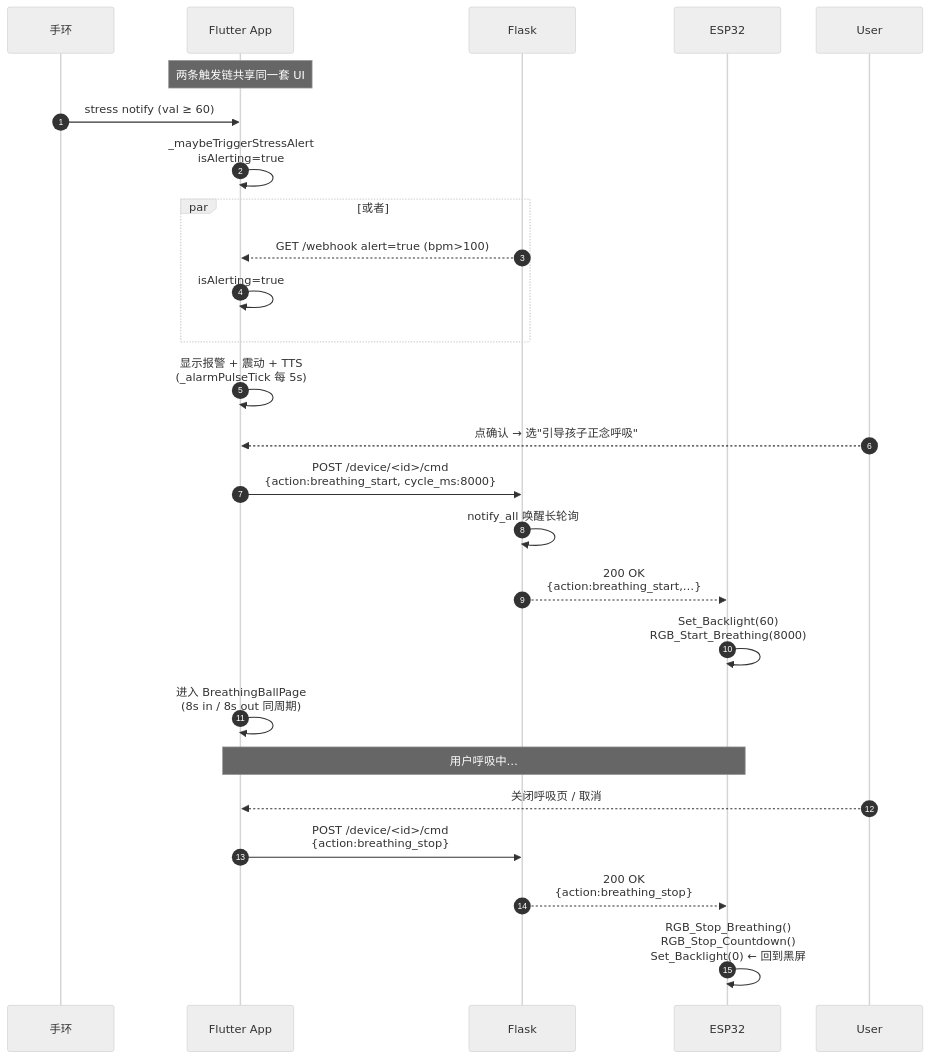
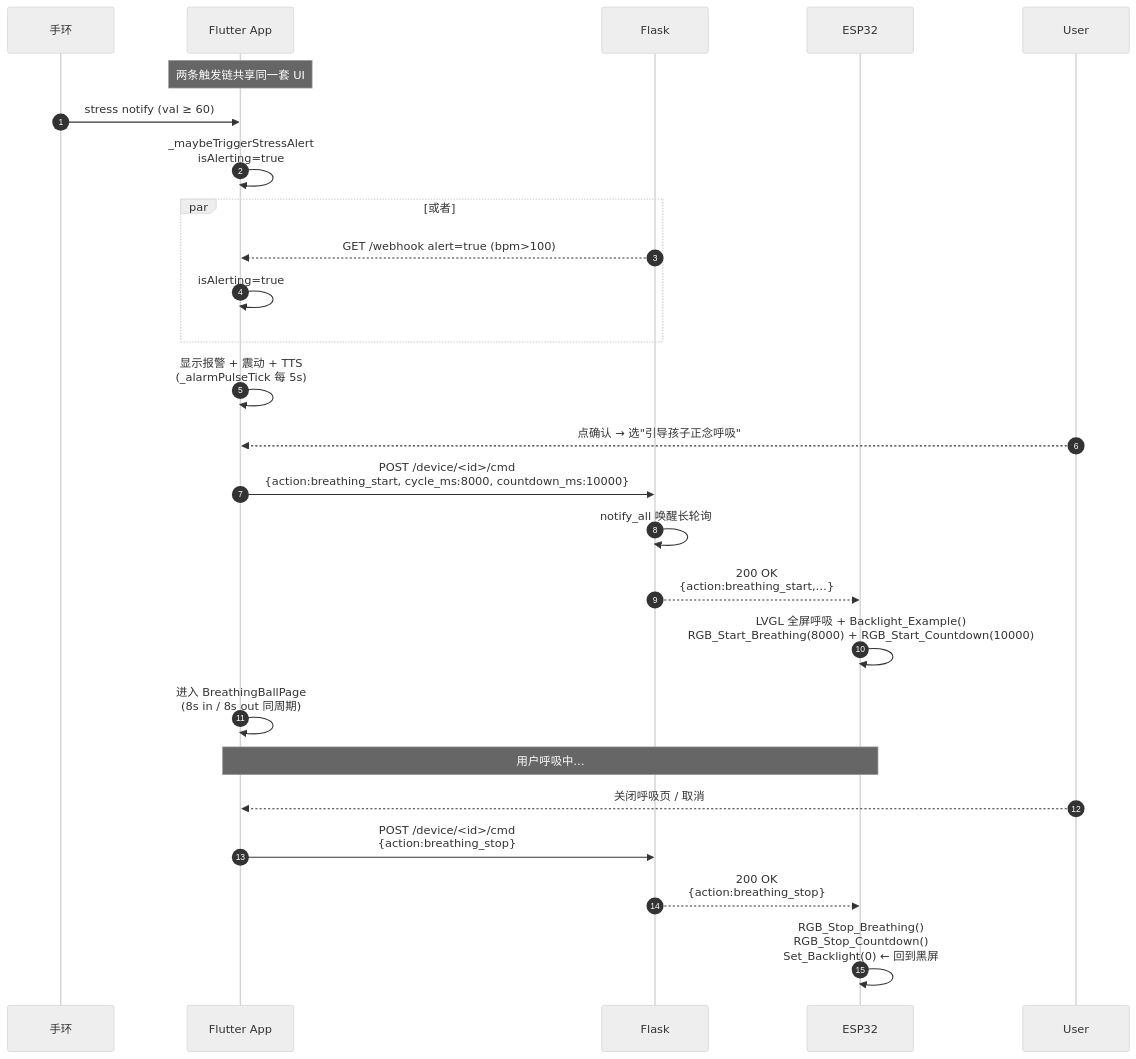
Before and after one commit to ch308/ADHD_Monitor: the fourth of 14 diagrams in README.md, drawn with Mermaid (neutral theme). The commit also changed other lines of this file and 6 other files, not shown here.

First line of the commit message:
Restore ESP32 breathing and countdown effects

````diff
--- a/README.md
+++ b/README.md
@@ -175,32 +175,32 @@
 ```mermaid
 sequenceDiagram
     autonumber
     participant Band as 手环
     participant App as Flutter App
     participant Cloud as Flask
     participant Board as ESP32
 
     Note over App: 两条触发链共享同一套 UI
     Band->>App: stress notify (val ≥ 60)
     App->>App: _maybeTriggerStressAlert<br/>isAlerting=true
     par 或者
     Cloud-->>App: GET /webhook alert=true (bpm>100)
     App->>App: isAlerting=true
     end
 
     App->>App: 显示报警 + 震动 + TTS<br/>(_alarmPulseTick 每 5s)
     User-->>App: 点确认 → 选"引导孩子正念呼吸"
 
-    App->>Cloud: POST /device/<id>/cmd<br/>{action:breathing_start, cycle_ms:8000}
+    App->>Cloud: POST /device/<id>/cmd<br/>{action:breathing_start, cycle_ms:8000, countdown_ms:10000}
     Cloud->>Cloud: notify_all 唤醒长轮询
     Cloud-->>Board: 200 OK<br/>{action:breathing_start,…}
-    Board->>Board: Set_Backlight(60)<br/>RGB_Start_Breathing(8000)
+    Board->>Board: LVGL 全屏呼吸 + Backlight_Example()<br/>RGB_Start_Breathing(8000) + RGB_Start_Countdown(10000)
     App->>App: 进入 BreathingBallPage<br/>(8s in / 8s out 同周期)
 
     Note over App,Board: 用户呼吸中…
 
     User-->>App: 关闭呼吸页 / 取消
     App->>Cloud: POST /device/<id>/cmd<br/>{action:breathing_stop}
     Cloud-->>Board: 200 OK<br/>{action:breathing_stop}
     Board->>Board: RGB_Stop_Breathing()<br/>RGB_Stop_Countdown()<br/>Set_Backlight(0)  ← 回到黑屏
 ```
````
